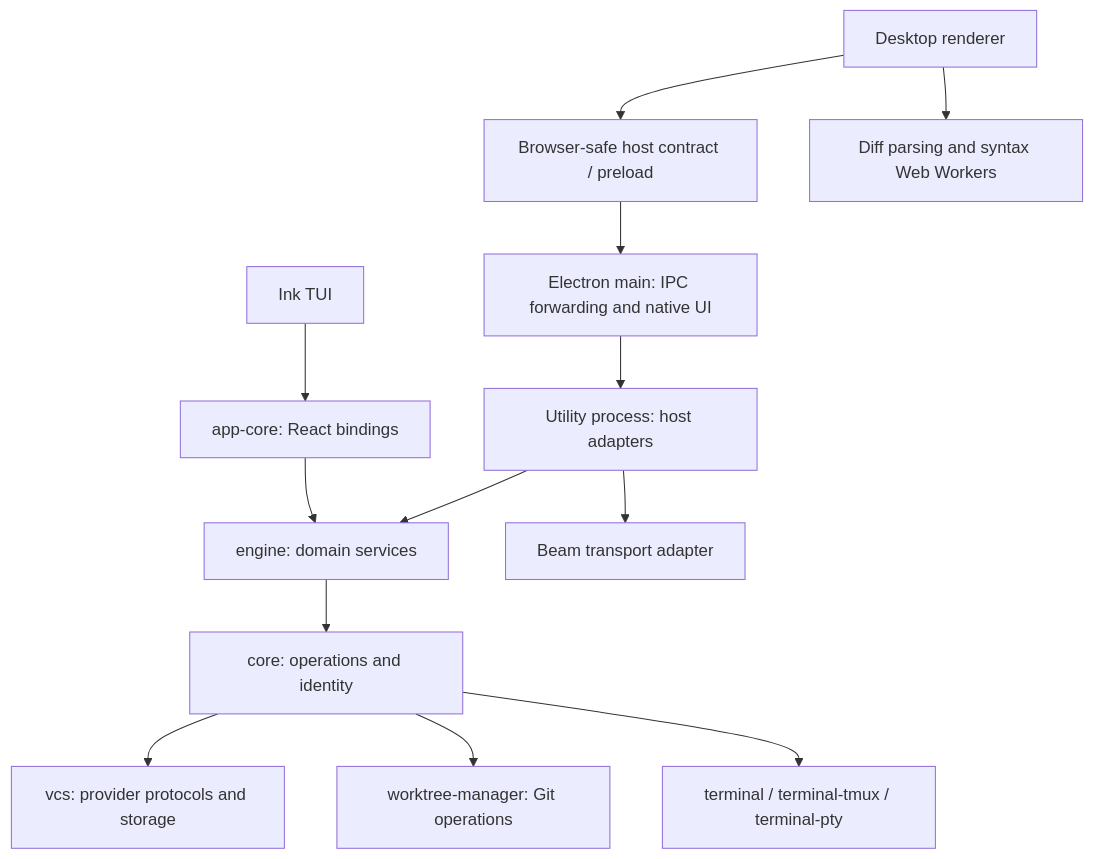
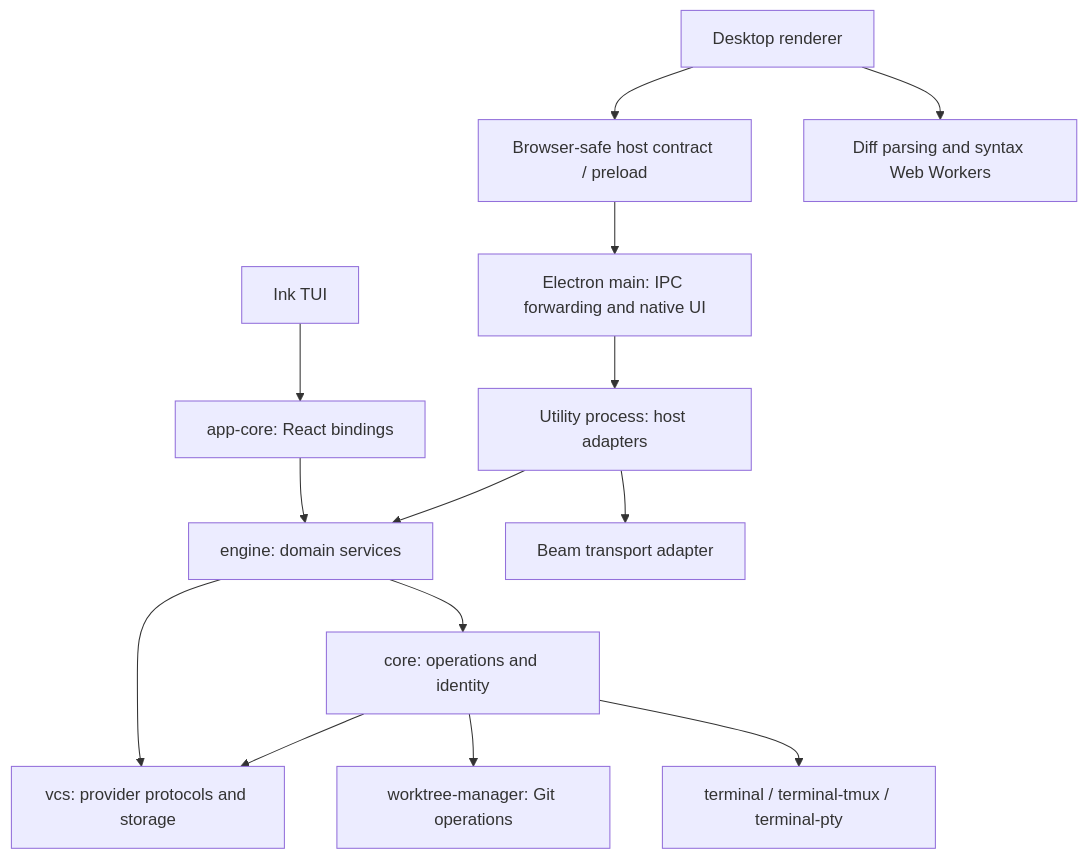
The diagram in docs/design/engine-domains.md (notaharness/n10), drawn with Mermaid before and after one commit. The commit also changed other lines of this file and 16 other files, not shown here.

````diff
--- a/docs/design/engine-domains.md
+++ b/docs/design/engine-domains.md
@@ -15,15 +15,16 @@
 ```mermaid
 flowchart TB
   CLI[Ink TUI] --> React[app-core: React bindings]
   Renderer[Desktop renderer] --> Bridge[Browser-safe host contract / preload]
   Bridge --> Main[Electron main: IPC forwarding and native UI]
   Main --> Host[Utility process: host adapters]
   React --> Engine[engine: domain services]
   Host --> Engine
+  Engine --> Providers
   Engine --> Core[core: operations and identity]
   Core --> Providers[vcs: provider protocols and storage]
   Core --> Git[worktree-manager: Git operations]
   Core --> Terminal[terminal / terminal-tmux / terminal-pty]
   Renderer --> WebWorkers[Diff parsing and syntax Web Workers]
   Host --> Beam[Beam transport adapter]
 ```
````
